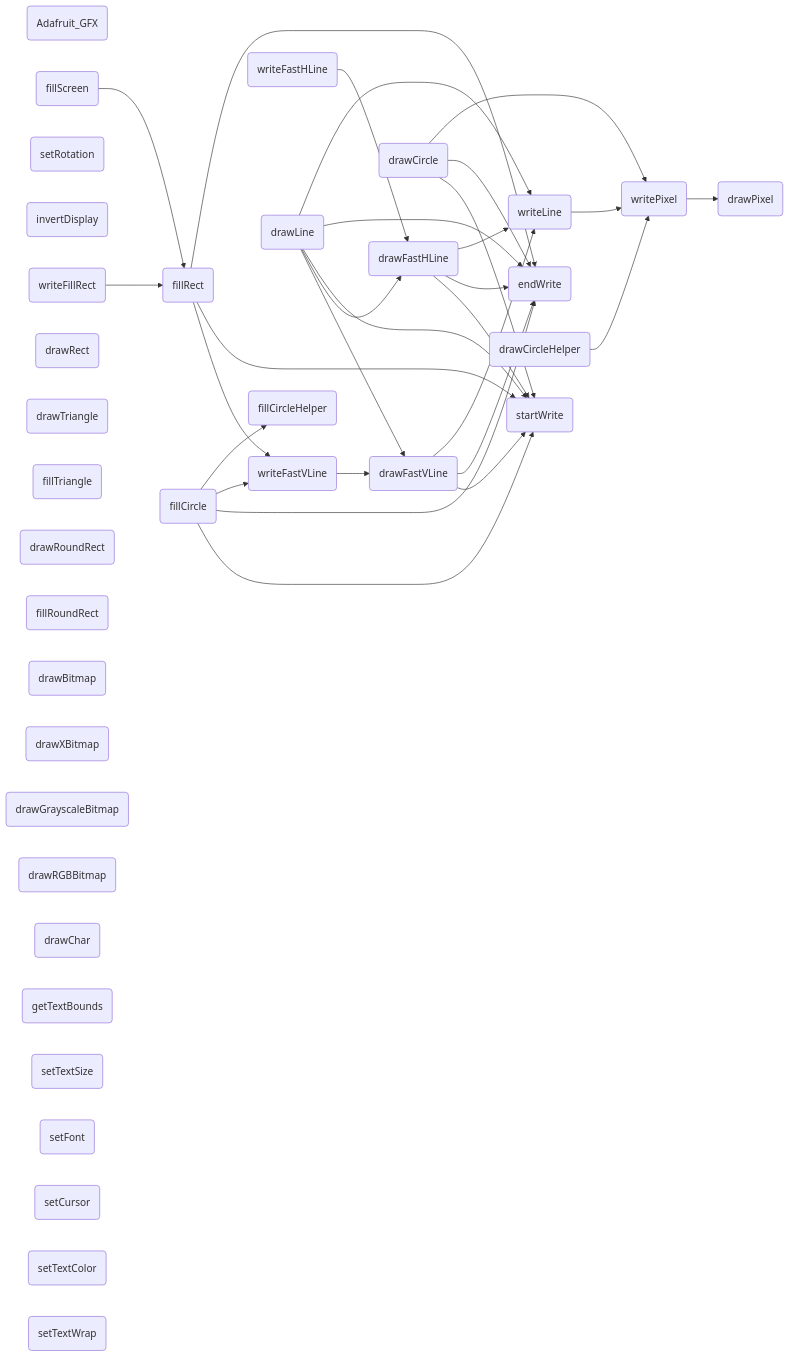
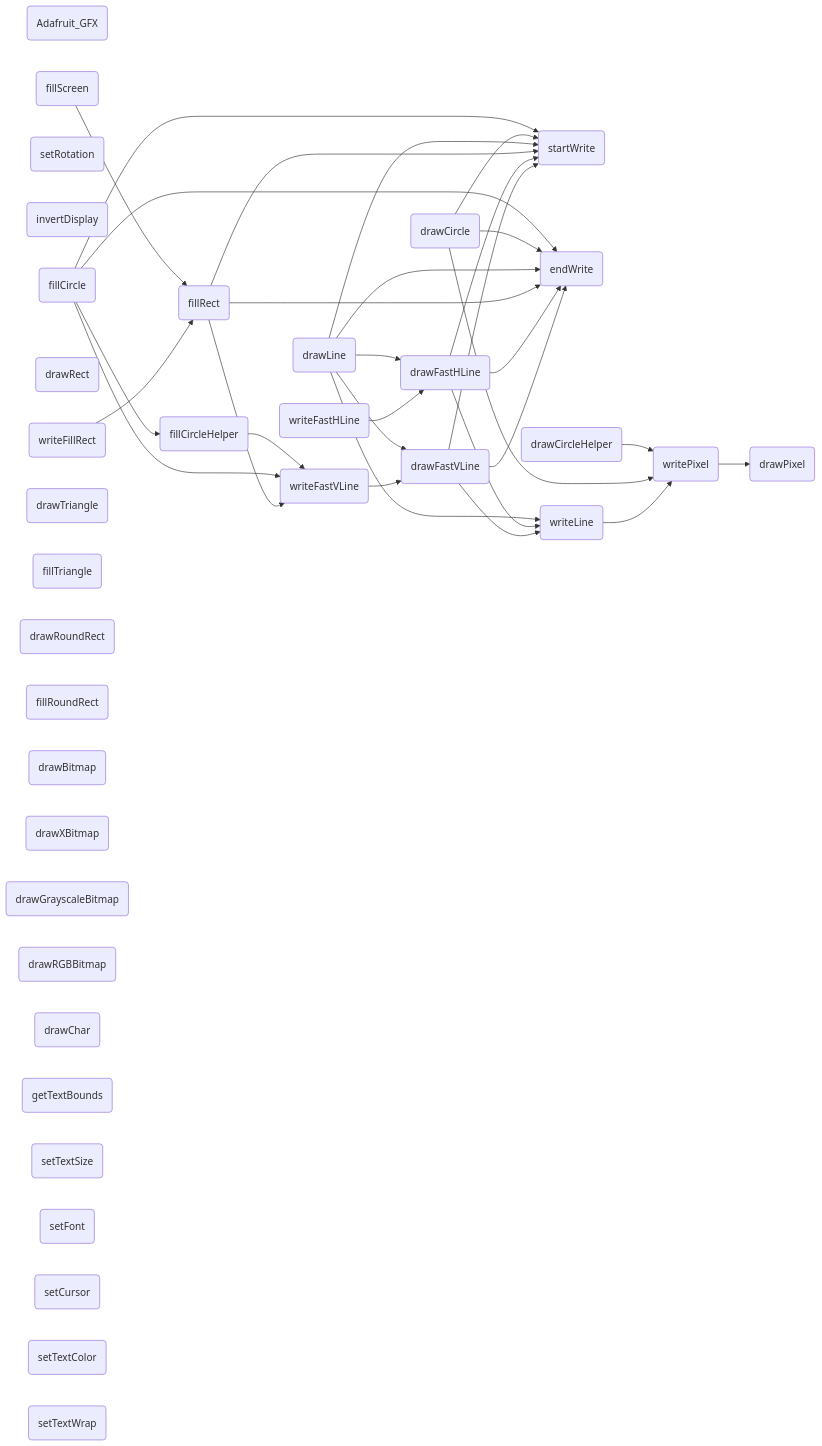
The diagram in all/未命名.md (icodezhanglei/iodraw-files), drawn with Mermaid before and after one commit.

Commit message:
2024-09-13 18:32:38 update

````diff
--- a/all/未命名.md
+++ b/all/未命名.md
@@ -1,59 +1,60 @@
 ```mermaid
 flowchart LR
 Adafruit_GF(Adafruit_GFX)
 drawPixel(drawPixel)
 startWrite(startWrite)
 endWrite(endWrite)
 writePixel(writePixel)
 writeFillRect(writeFillRect)
 writeFastVLine(writeFastVLine)
 writeFastHLine(writeFastHLine)
 writeLine(writeLine)
 setRotation(setRotation)
 invertDisplay(invertDisplay)
 drawFastVLine(drawFastVLine)
 drawFastHLine(drawFastHLine)
 fillRect(fillRect)
 fillScreen(fillScreen)
 drawLine(drawLine)
 drawRect(drawRect)
 drawCircle(drawCircle)
 drawCircleHelper(drawCircleHelper)
 fillCircle(fillCircle)
 fillCircleHelper(fillCircleHelper)
 drawTriangle(drawTriangle)
 fillTriangle(fillTriangle)
 drawRoundRect(drawRoundRect)
 fillRoundRect(fillRoundRect)
 drawBitmap(drawBitmap)
 drawXBitmap(drawXBitmap)
 drawGrayscaleBitmap(drawGrayscaleBitmap)
 drawRGBBitmap(drawRGBBitmap)
 drawChar(drawChar)
 getTextBounds(getTextBounds)
 setTextSize(setTextSize)
 setFont(setFont)
 setCursor(setCursor)
 setTextColor(setTextColor)
 setTextWrap(setTextWrap)
 
 writeLine --> writePixel --> drawPixel
 
 writeFastVLine --> drawFastVLine --> startWrite & endWrite
 drawFastVLine --> writeLine
 
 writeFastHLine --> drawFastHLine --> startWrite & endWrite
 drawFastHLine --> writeLine
 
 writeFillRect --> fillRect --> writeFastVLine & startWrite & endWrite
 
 fillScreen --> fillRect
 drawLine --> drawFastVLine & drawFastHLine & startWrite & endWrite & writeLine
 drawCircle --> startWrite & endWrite & writePixel
 drawCircleHelper --> writePixel
 fillCircle --> startWrite & endWrite & writeFastVLine & fillCircleHelper
-fillCircleHelper
+fillCircleHelper --> writeFastVLine
+
 
 
 
 ```
````
